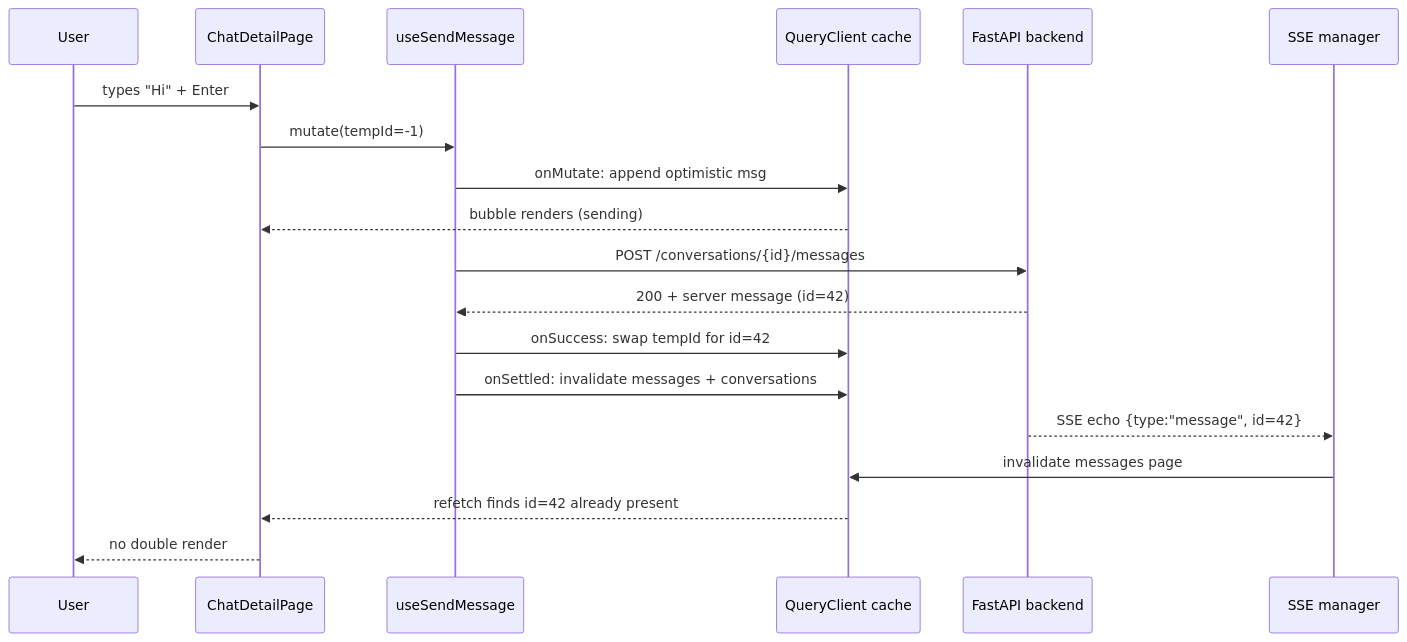
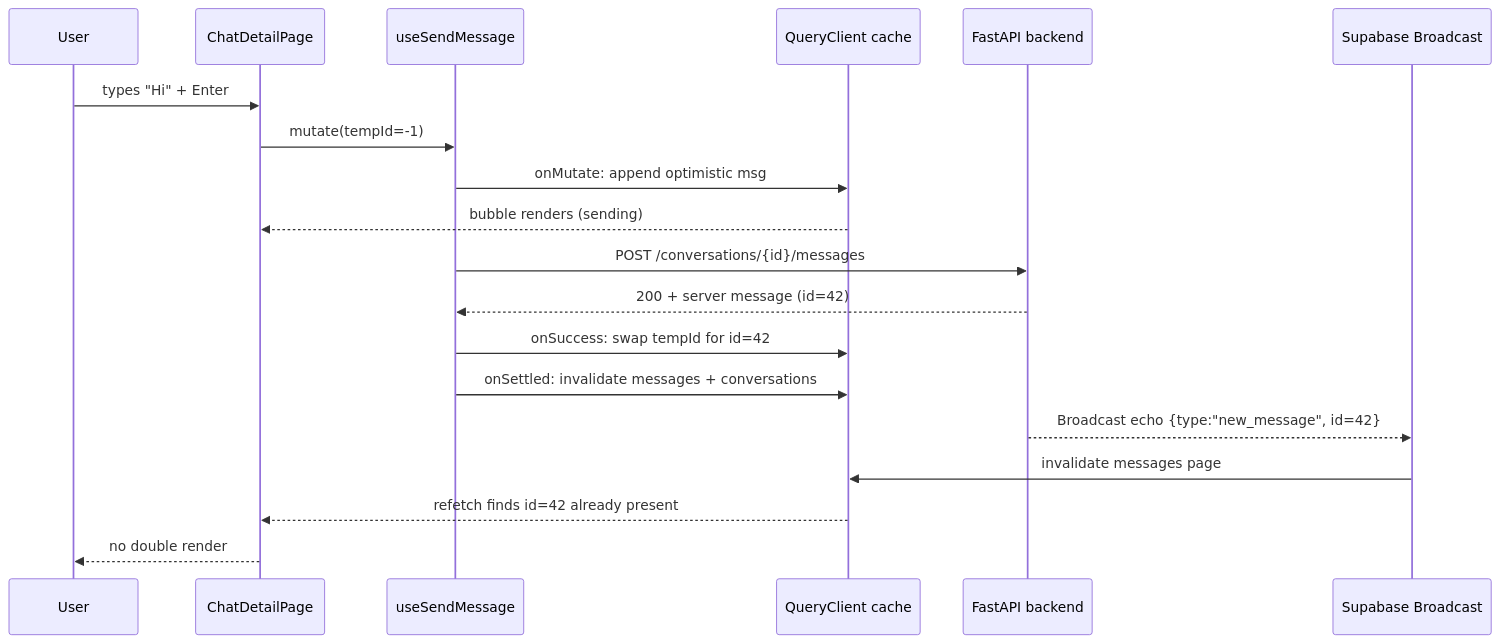
Before and after one commit to 360ghar/360-flatmates-web: the diagram in .wiki/features/messaging.md, drawn with Mermaid. The commit also changed other lines of this file and 160 other files, not shown here.

````diff
--- a/.wiki/features/messaging.md
+++ b/.wiki/features/messaging.md
@@ -52,21 +52,21 @@
 ```mermaid
 sequenceDiagram
     participant U as User
     participant P as ChatDetailPage
     participant M as useSendMessage
     participant Q as QueryClient cache
     participant B as FastAPI backend
-    participant S as SSE manager
+    participant S as Supabase Broadcast
     U->>P: types "Hi" + Enter
     P->>M: mutate(tempId=-1)
     M->>Q: onMutate: append optimistic msg
     Q-->>P: bubble renders (sending)
     M->>B: POST /conversations/{id}/messages
     B-->>M: 200 + server message (id=42)
     M->>Q: onSuccess: swap tempId for id=42
     M->>Q: onSettled: invalidate messages + conversations
-    B-->>S: SSE echo {type:"message", id=42}
+    B-->>S: Broadcast echo {type:"new_message", id=42}
     S->>Q: invalidate messages page
     Q-->>P: refetch finds id=42 already present
     P-->>U: no double render
 ```
````
